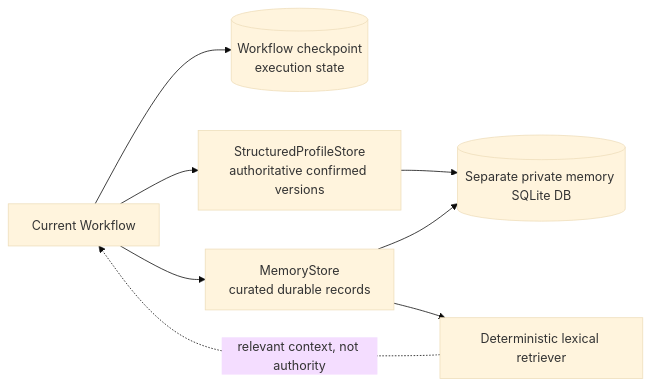
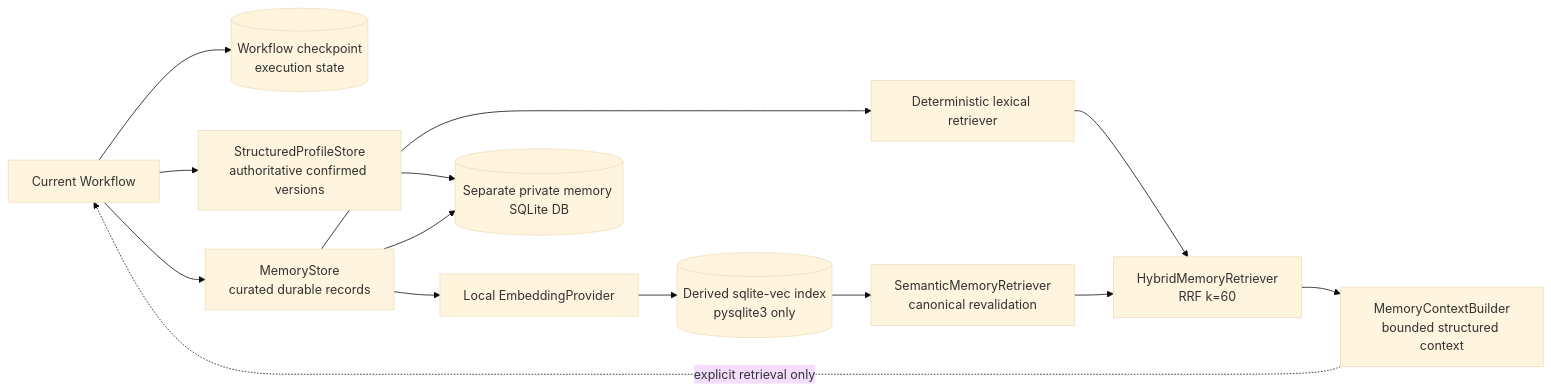
Before and after one commit to wangzch337-max/orange-career-agent: the third of 14 diagrams in ARCHITECTURE.md, drawn with Mermaid (base theme). The commit also changed other lines of this file and 25 other files, not shown here.

Commit message:
feat: add semantic hybrid memory retrieval

````diff
--- a/ARCHITECTURE.md
+++ b/ARCHITECTURE.md
@@ -99,10 +99,16 @@
 ```mermaid
 flowchart LR
     C[Current Workflow] --> CP[(Workflow checkpoint<br/>execution state)]
     C --> PS[StructuredProfileStore<br/>authoritative confirmed versions]
     C --> MS[MemoryStore<br/>curated durable records]
     MS --> LR[Deterministic lexical retriever]
-    LR -. relevant context, not authority .-> C
+    MS --> EP[Local EmbeddingProvider]
+    EP --> VI[(Derived sqlite-vec index<br/>pysqlite3 only)]
+    VI --> SR[SemanticMemoryRetriever<br/>canonical revalidation]
+    LR --> HR[HybridMemoryRetriever<br/>RRF k=60]
+    SR --> HR
+    HR --> MCB[MemoryContextBuilder<br/>bounded structured context]
+    MCB -. explicit retrieval only .-> C
     PS --> DB[(Separate private memory SQLite DB)]
     MS --> DB
 ```
````
